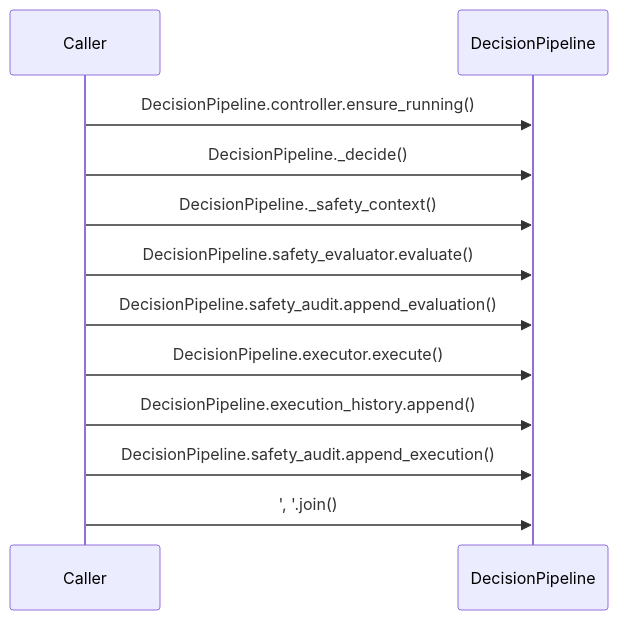
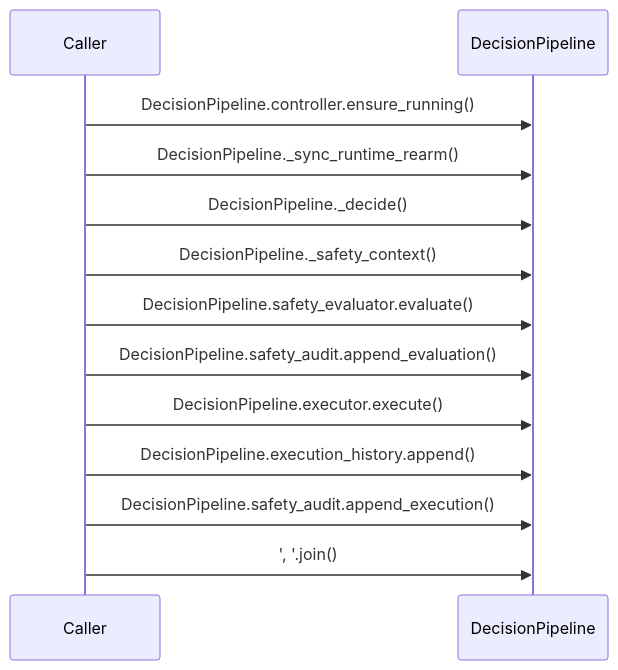
Before and after one commit to tomiya7688/AI_game_player: the diagram in doc/sequence_diagram.mmd, drawn with Mermaid.

Commit message:
Regenerate pipeline sequence diagram

```diff
--- a/doc/sequence_diagram.mmd
+++ b/doc/sequence_diagram.mmd
@@ -1,12 +1,13 @@
 sequenceDiagram
     participant caller as Caller
     participant target as DecisionPipeline
     caller->>target: DecisionPipeline.controller.ensure_running()
+    caller->>target: DecisionPipeline._sync_runtime_rearm()
     caller->>target: DecisionPipeline._decide()
     caller->>target: DecisionPipeline._safety_context()
     caller->>target: DecisionPipeline.safety_evaluator.evaluate()
     caller->>target: DecisionPipeline.safety_audit.append_evaluation()
     caller->>target: DecisionPipeline.executor.execute()
     caller->>target: DecisionPipeline.execution_history.append()
     caller->>target: DecisionPipeline.safety_audit.append_execution()
     caller->>target: ', '.join()
```
